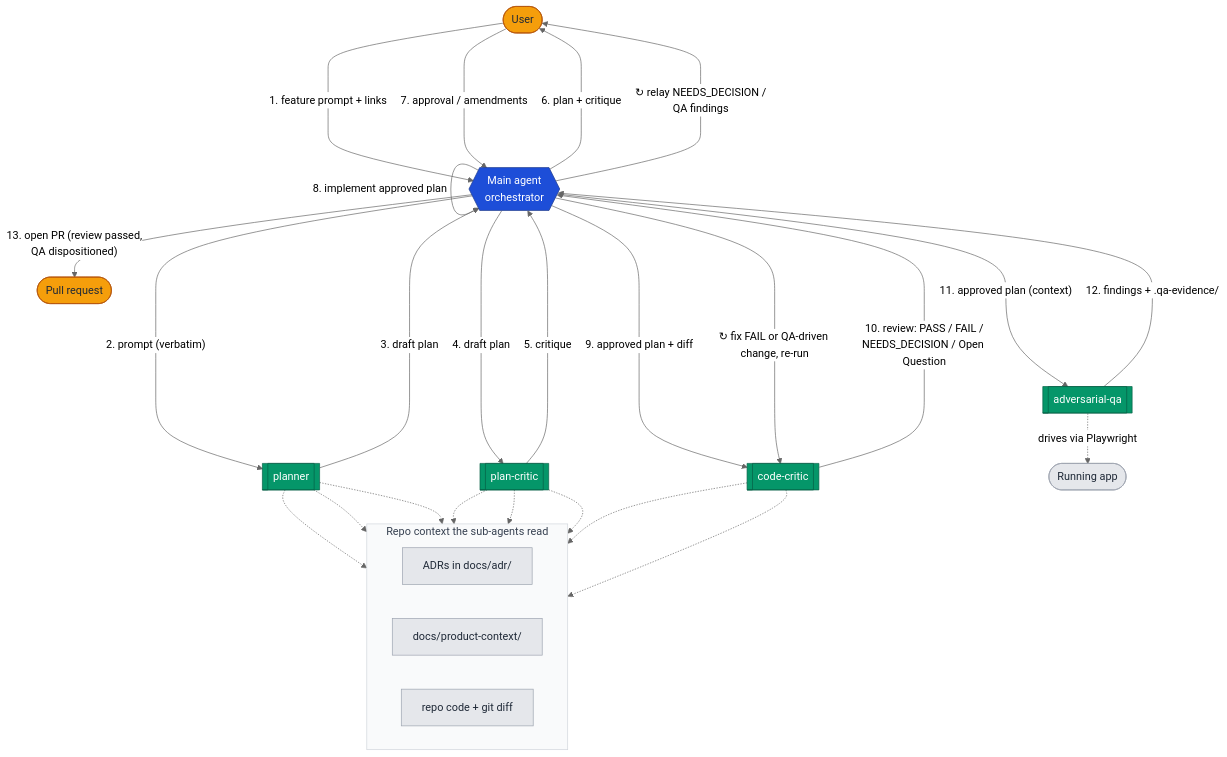
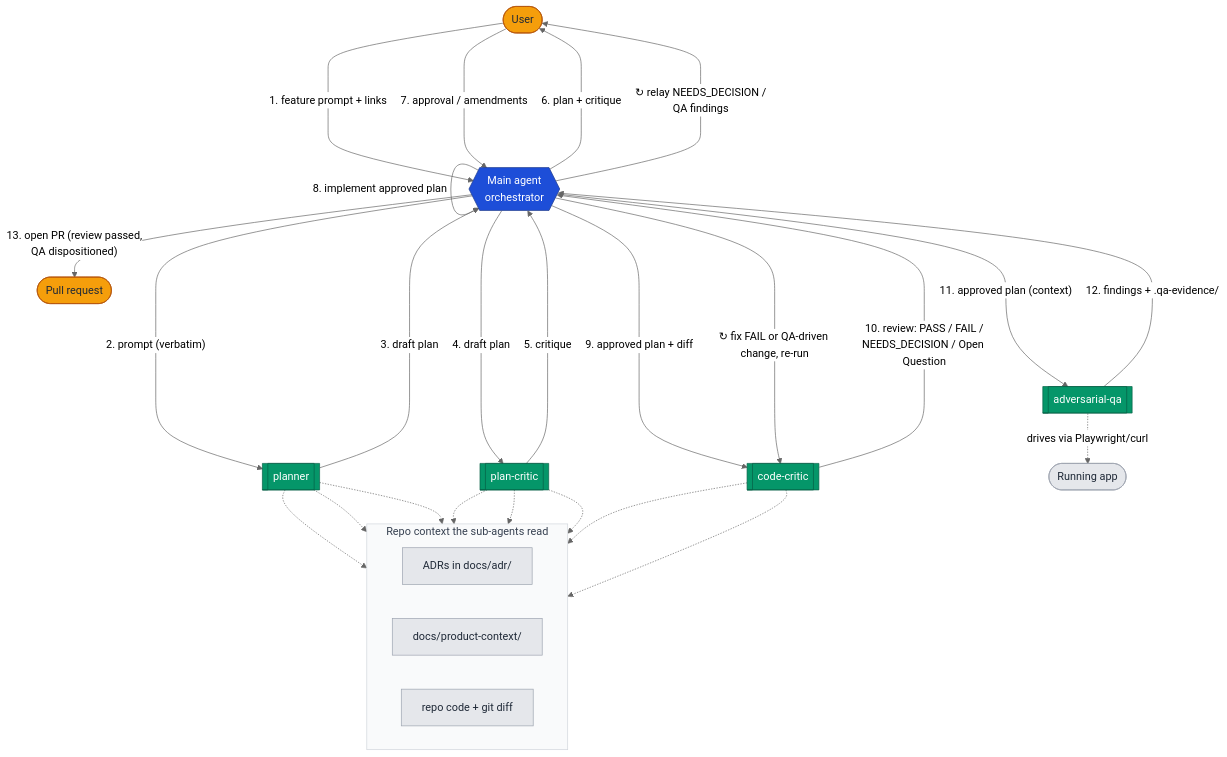
Before and after one commit to cunhaax/ai-workflow: the diagram in docs/AI-workflow.md, drawn with Mermaid (neutral theme). The commit also changed other lines of this file and 3 other files, not shown here.

````diff
--- a/docs/AI-workflow.md
+++ b/docs/AI-workflow.md
@@ -379,59 +383,59 @@
 ```mermaid
 flowchart TB
     User([User])
     PR([Pull request])
 
     subgraph Repo [Repo context the sub-agents read]
         direction LR
         ADR["ADRs in docs/adr/"]
         Docs["docs/product-context/"]
         Code["repo code + git diff"]
     end
 
     Main{{Main agent<br/>orchestrator}}
     Planner[[planner]]
     Critic[[plan-critic]]
     Reviewer[[code-critic]]
     QA[[adversarial-qa]]
     App([Running app])
 
     User -- "1. feature prompt + links" --> Main
 
     Main -- "2. prompt (verbatim)" --> Planner
     Planner -- "3. draft plan" ---> Main
 
     Main -- "4. draft plan" --> Critic
     Critic -- "5. critique" ---> Main
 
     Main -- "6. plan + critique" ---> User
     User -- "7. approval / amendments" --> Main
 
     Main -- "8. implement approved plan" --> Main
 
     Main -- "9. approved plan + diff" --> Reviewer
     Reviewer -- "10. review: PASS / FAIL /<br/>NEEDS_DECISION / Open Question" ---> Main
     Main -- "↻ fix FAIL or QA-driven change, re-run" ----> Reviewer
 
     Main -- "11. approved plan (context)" --> QA
     QA -- "12. findings + .qa-evidence/" ---> Main
 
     Main -- "↻ relay NEEDS_DECISION /<br/>QA findings" ----> User
     Main -- "13. open PR (review passed,<br/>QA dispositioned)" --> PR
 
     Planner -.-> ADR & Docs & Code
     Critic -.-> ADR & Docs & Code
     Reviewer -.-> ADR & Code
-    QA -. drives via Playwright .-> App
+    QA -. drives via Playwright/curl .-> App
 
     classDef hub fill:#1d4ed8,stroke:#1e3a8a,color:#ffffff;
     classDef agent fill:#059669,stroke:#065f46,color:#ffffff;
     classDef actor fill:#f59e0b,stroke:#b45309,color:#1f2937;
     classDef ctx fill:#e5e7eb,stroke:#9ca3af,color:#1f2937;
 
     class Main hub;
     class Planner,Critic,Reviewer,QA agent;
     class User,PR actor;
     class ADR,Docs,Code,App ctx;
 
     style Repo fill:#f9fafb,stroke:#d1d5db,color:#374151;
 ```
````
